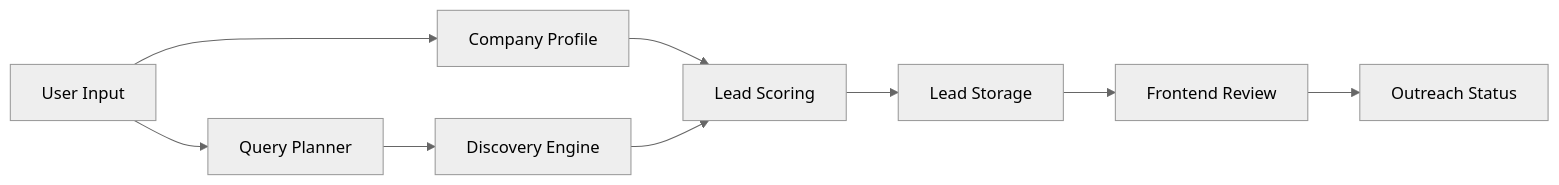
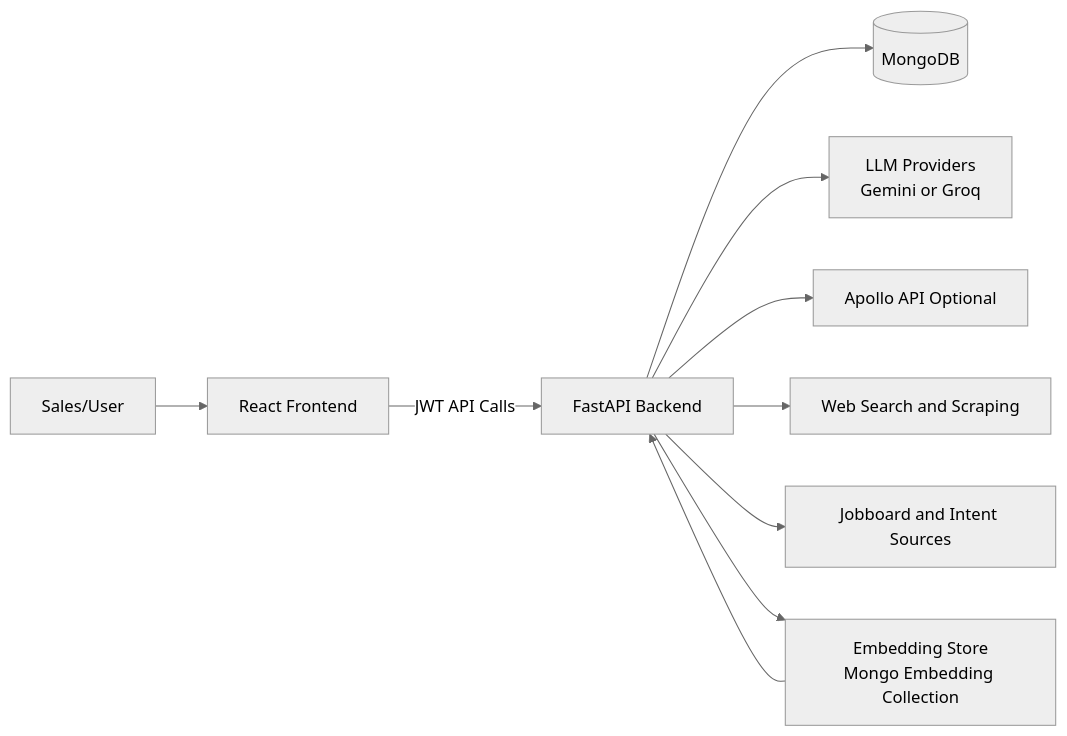
Before and after one commit to AyushArtesian/spark-outreach: the first of 9 diagrams in README.md, drawn with Mermaid (neutral theme). The commit also changed other lines of this file and 5 other files, not shown here.

First line of the commit message:
Enhance JobBoardService for buyer intent discovery and refine LeadDetail and TestDashboard components

````diff
--- a/README.md
+++ b/README.md
@@ -154,20 +100,14 @@
 ```mermaid
 flowchart LR
-  A[User Input]
-  B[Company Profile]
-  C[Query Planner]
-  D[Discovery Engine]
-  E[Lead Scoring]
-  F[Lead Storage]
-  G[Frontend Review]
-  H[Outreach Status]
+  User[Sales/User] --> FE[React Frontend]
+  FE -->|JWT API Calls| API[FastAPI Backend]
+  API --> DB[(MongoDB)]
 
-  A --> B
-  A --> C
-  B --> E
-  C --> D
-  D --> E
-  E --> F
-  F --> G
-  G --> H
+  API --> AI[LLM Providers\nGemini or Groq]
+  API --> AP[Apollo API Optional]
+  API --> WS[Web Search and Scraping]
+  API --> JB[Jobboard and Intent Sources]
+
+  API --> EM[Embedding Store\nMongo Embedding Collection]
+  EM --> API
 ```
````
